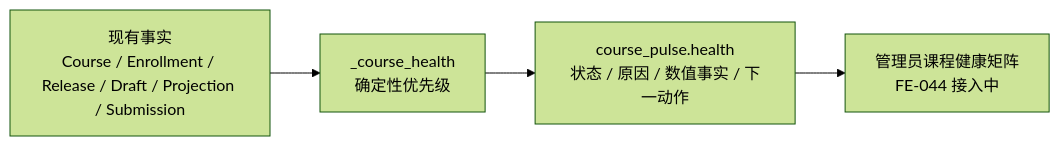
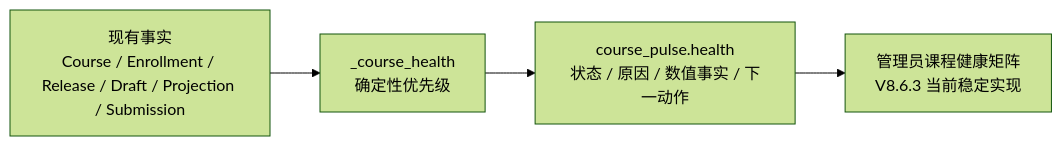
The second of 17 diagrams in doc/01-子文档/19-当前功能业务闭环与展示边界.md (falling-feather/Astra), drawn with Mermaid (forest theme) before and after one commit. The commit also changed other lines of this file and 34 other files, not shown here.

````diff
--- a/doc/01-子文档/19-当前功能业务闭环与展示边界.md
+++ b/doc/01-子文档/19-当前功能业务闭环与展示边界.md
@@ -19,9 +47,9 @@
 ```mermaid
 flowchart LR
     FACTS[现有事实\nCourse / Enrollment / Release / Draft / Projection / Submission]
     RULES[_course_health\n确定性优先级]
     DTO[course_pulse.health\n状态 / 原因 / 数值事实 / 下一动作]
-    VIEW[管理员课程健康矩阵\nFE-044 接入中]
+    VIEW[管理员课程健康矩阵\nV8.6.3 当前稳定实现]
 
     FACTS --> RULES --> DTO --> VIEW
 ```
````
